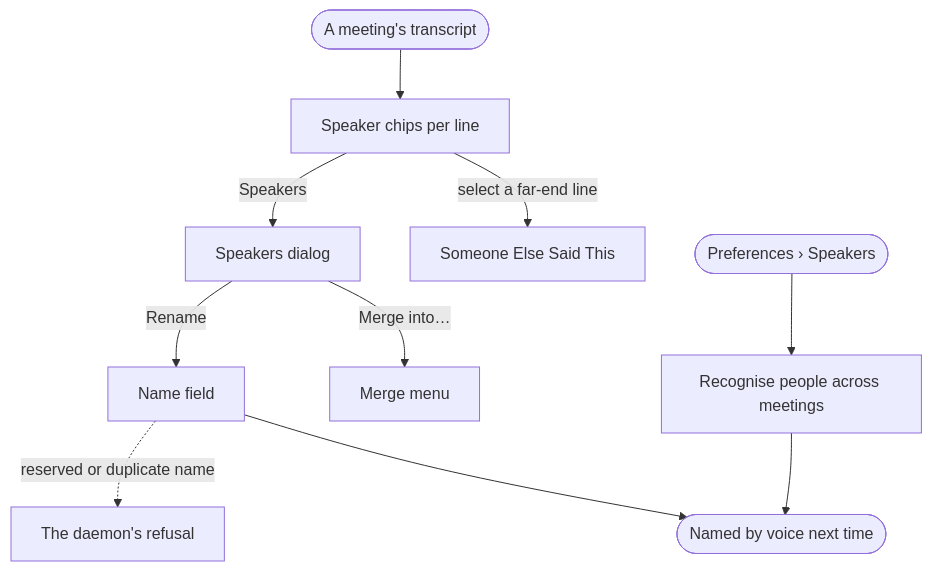
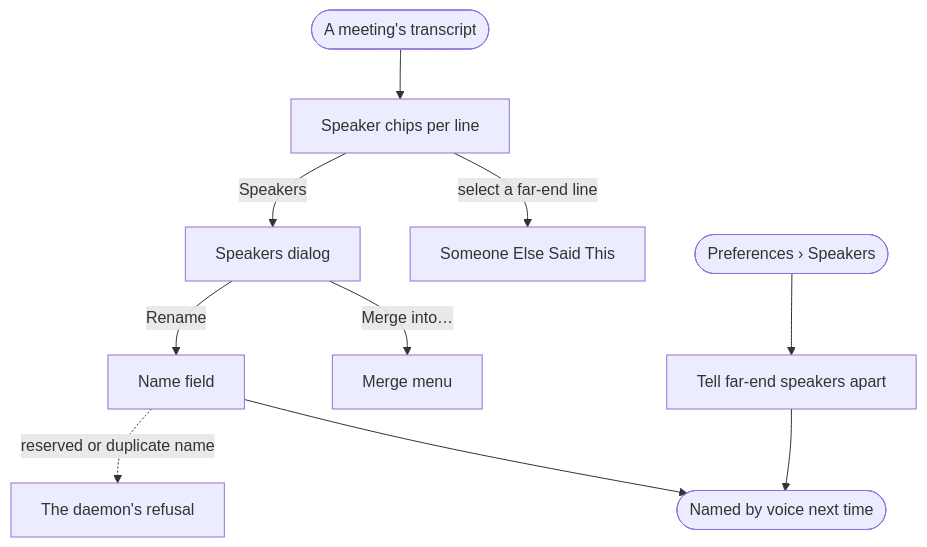
One commit to Kacper-Lubisz/kacola changed diagram 12 of 44 in docs/user-stories.md. Above: the diagram before and after it, drawn with Mermaid. The commit also changed other lines of this file and 39 other files, not shown here.

````diff
--- a/docs/user-stories.md
+++ b/docs/user-stories.md
@@ -420,18 +421,18 @@
 ```mermaid
 flowchart TD
   A([A meeting's transcript]) --> B[Speaker chips per line]
   B -->|Speakers| C[Speakers dialog]
   C -->|Rename| D[Name field]
   C -->|Merge into…| E[Merge menu]
   B -->|select a far-end line| F[Someone Else Said This]
   D -.reserved or duplicate name.-> X[The daemon's refusal]
-  G([Preferences › Speakers]) --> H[Recognise people across meetings]
+  G([Preferences › Speakers]) --> H[Tell far-end speakers apart]
   H --> I([Named by voice next time])
   D --> I
   %% shot: B = speakers__transcript__chips
   %% shot: C = speakers__dialog__list
   %% shot: D = speakers__rename__field
   %% shot: E = speakers__merge__menu
   %% shot: F = speakers__line__someone-else
   %% shot: H = speakers__preferences__voiceprints
 ```
````
